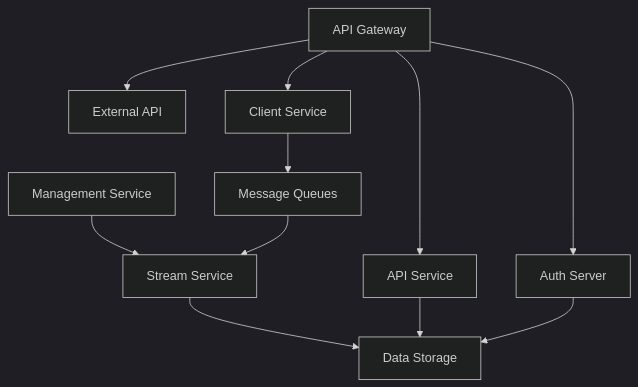
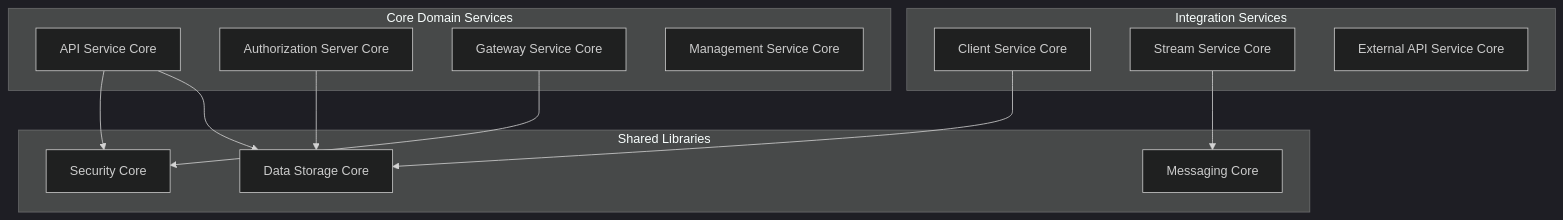
One commit to Praesto-Pro/openframe-oss-tenant changed the first of 2 diagrams in docs/development/README.md. Above: the diagram before and after it, drawn with Mermaid (dark theme). The commit also changed other lines of this file and 214 other files, not shown here.

````diff
--- a/docs/development/README.md
+++ b/docs/development/README.md
@@ -100,15 +84,28 @@
 ```mermaid
-flowchart TD
-    A[API Gateway] --> B[API Service]
-    A --> C[Auth Server]
-    A --> D[External API]
-    A --> E[Client Service]
+graph TB
+    subgraph "Core Domain Services"
+        API[API Service Core]
+        Auth[Authorization Server Core]
+        Gateway[Gateway Service Core]
+        Management[Management Service Core]
+    end
     
-    F[Management Service] --> G[Stream Service]
-    G --> H[Data Storage]
+    subgraph "Integration Services"
+        Client[Client Service Core]
+        Stream[Stream Service Core]
+        External[External API Service Core]
+    end
     
-    B --> H
-    C --> H
-    E --> I[Message Queues]
-    I --> G
+    subgraph "Shared Libraries"
+        Data[Data Storage Core]
+        Security[Security Core]
+        Messaging[Messaging Core]
+    end
+    
+    API --> Data
+    API --> Security
+    Auth --> Data
+    Gateway --> Security
+    Stream --> Messaging
+    Client --> Data
 ```
````
